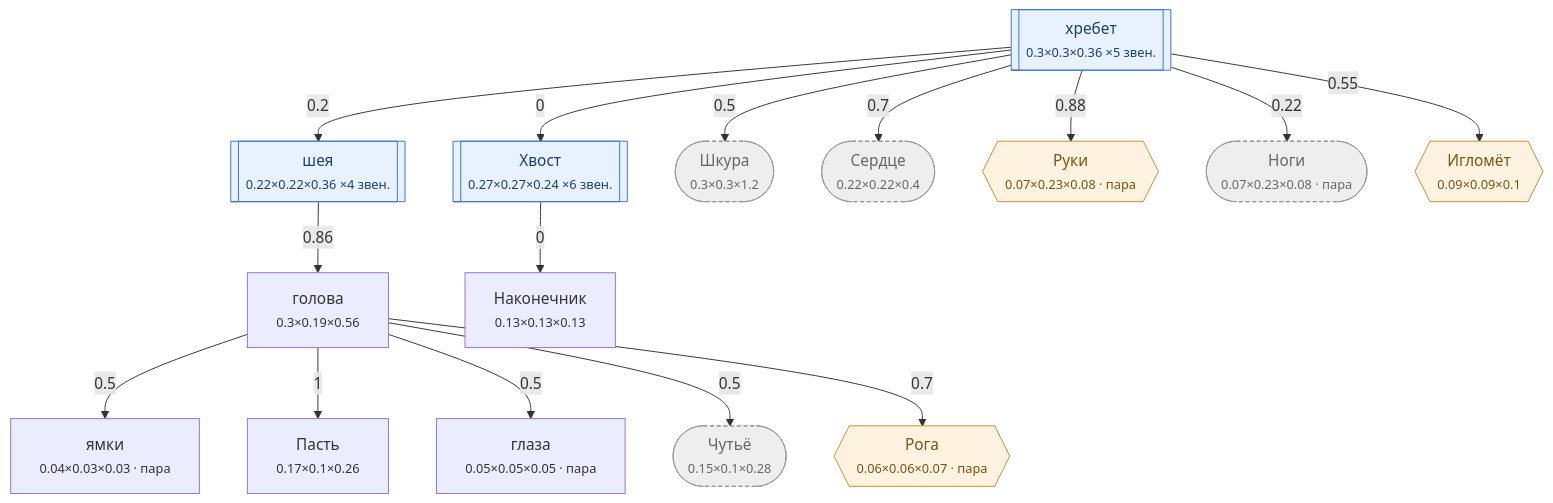
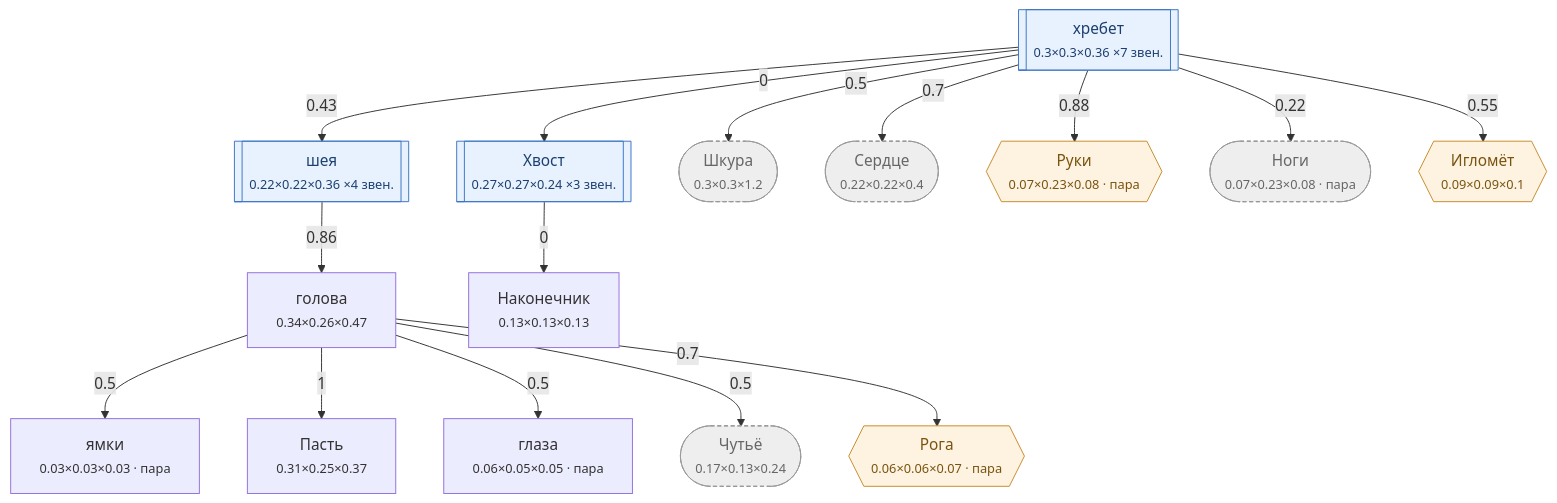
The diagram in Docs/Диаграммы/Змея.md (darklordshish/ChimeraEvolution-2026-06-26_15-29-59), drawn with Mermaid before and after one commit. The commit also changed other lines of this file and 4 other files, not shown here.

````diff
--- a/Docs/Диаграммы/Змея.md
+++ b/Docs/Диаграммы/Змея.md
@@ -31,40 +31,40 @@
 ```mermaid
 flowchart TD
-    n0["ямки<br/><small>0.04×0.03×0.03 · пара</small>"]
-    n1["голова<br/><small>0.3×0.19×0.56</small>"]
-    n2["Пасть<br/><small>0.17×0.1×0.26</small>"]
-    n3["глаза<br/><small>0.05×0.05×0.05 · пара</small>"]
+    n0["ямки<br/><small>0.03×0.03×0.03 · пара</small>"]
+    n1["голова<br/><small>0.34×0.26×0.47</small>"]
+    n2["Пасть<br/><small>0.31×0.25×0.37</small>"]
+    n3["глаза<br/><small>0.06×0.05×0.05 · пара</small>"]
     n4[["шея<br/><small>0.22×0.22×0.36 ×4 звен.</small>"]]
-    n5[["хребет<br/><small>0.3×0.3×0.36 ×5 звен.</small>"]]
-    n6[["Хвост<br/><small>0.27×0.27×0.24 ×6 звен.</small>"]]
+    n5[["хребет<br/><small>0.3×0.3×0.36 ×7 звен.</small>"]]
+    n6[["Хвост<br/><small>0.27×0.27×0.24 ×3 звен.</small>"]]
     n7["Наконечник<br/><small>0.13×0.13×0.13</small>"]
     n8(["Шкура<br/><small>0.3×0.3×1.2</small>"])
     n9(["Сердце<br/><small>0.22×0.22×0.4</small>"])
-    n10(["Чутьё<br/><small>0.15×0.1×0.28</small>"])
+    n10(["Чутьё<br/><small>0.17×0.13×0.24</small>"])
     n11{{"Руки<br/><small>0.07×0.23×0.08 · пара</small>"}}
     n12(["Ноги<br/><small>0.07×0.23×0.08 · пара</small>"])
     n13{{"Рога<br/><small>0.06×0.06×0.07 · пара</small>"}}
     n14{{"Игломёт<br/><small>0.09×0.09×0.1</small>"}}
 
     n1 -->|0.5| n0
     n4 -->|0.86| n1
     n1 -->|1| n2
     n1 -->|0.5| n3
-    n5 -->|0.2| n4
+    n5 -->|0.43| n4
     n5 -->|0| n6
     n6 -->|0| n7
     n5 -->|0.5| n8
     n5 -->|0.7| n9
     n1 -->|0.5| n10
     n5 -->|0.88| n11
     n5 -->|0.22| n12
     n1 -->|0.7| n13
     n5 -->|0.55| n14
 
     classDef hid fill:#eee,stroke:#999,stroke-dasharray:4 3,color:#666
     classDef gr fill:#fdf3e0,stroke:#c98a2b,color:#7a5310
     classDef ch fill:#e8f2ff,stroke:#3b74c4,color:#1c3f70
     class n8,n9,n10,n12 hid
     class n11,n13,n14 gr
     class n4,n5,n6 ch
 ```
````
